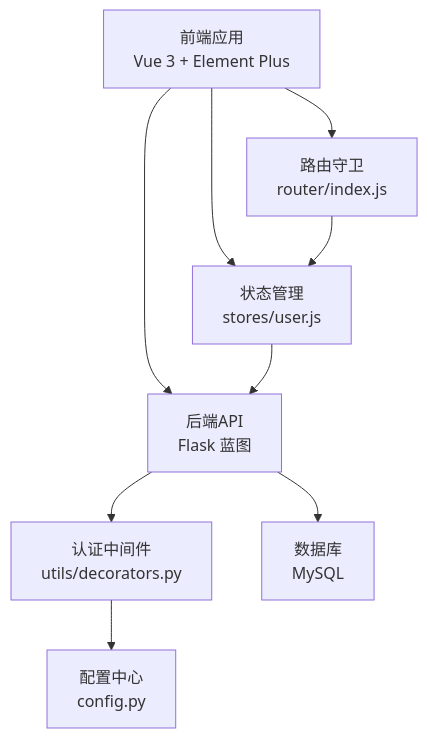
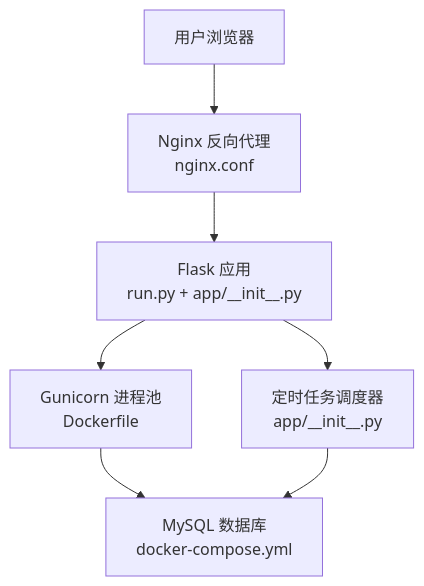
Before and after one commit to ismine3/OPS: the second of 5 diagrams in .qoder/repowiki/zh/content/项目概述/项目概述.md, drawn with Mermaid. The commit also changed other lines of this file and 157 other files, not shown here.

````diff
--- a/.qoder/repowiki/zh/content/项目概述/项目概述.md
+++ b/.qoder/repowiki/zh/content/项目概述/项目概述.md
@@ -118,18 +115,14 @@
 ```mermaid
 graph TB
-FE["前端应用<br/>Vue 3 + Element Plus"]
-RT["路由守卫<br/>router/index.js"]
-ST["状态管理<br/>stores/user.js"]
-API["后端API<br/>Flask 蓝图"]
-AUTH["认证中间件<br/>utils/decorators.py"]
-DB["数据库<br/>MySQL"]
-CFG["配置中心<br/>config.py"]
-FE --> RT
-FE --> ST
-FE --> API
-RT --> ST
-ST --> API
-API --> AUTH
-AUTH --> CFG
-API --> DB
+U["用户浏览器"]
+N["Nginx 反向代理<br/>nginx.conf"]
+B["Flask 应用<br/>run.py + app/__init__.py"]
+G["Gunicorn 进程池<br/>Dockerfile"]
+M["MySQL 数据库<br/>docker-compose.yml"]
+S["定时任务调度器<br/>app/__init__.py"]
+U --> N --> B
+B --> G
+G --> M
+B --> S
+S --> M
 ```
````
